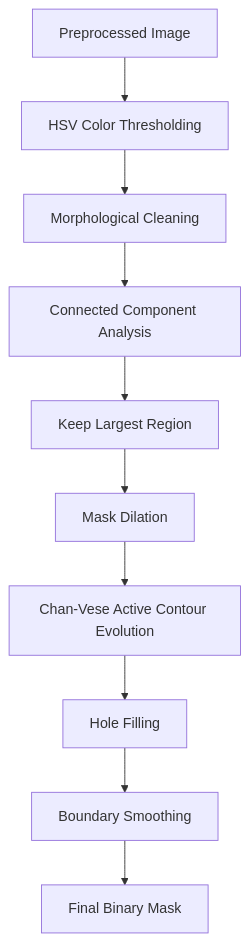
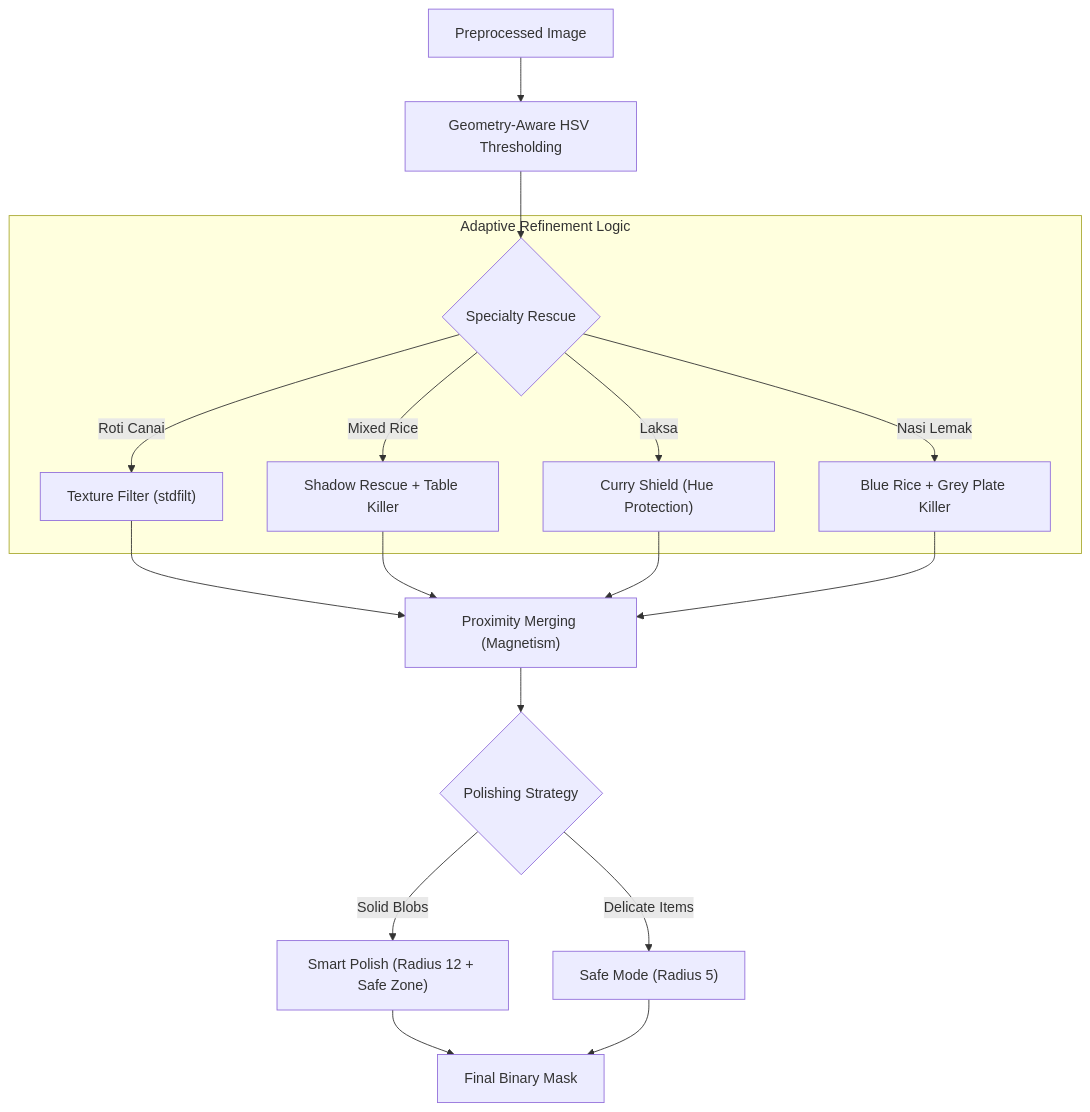
One commit to izwanGit/malaysian-food-recognition changed the fourth of 7 diagrams in README.md. Above: the diagram before and after it, drawn with Mermaid. The commit also changed other lines of this file, not shown here.

````diff
--- a/README.md
+++ b/README.md
@@ -301,12 +287,20 @@
 ```mermaid
 flowchart TD
-    Input["Preprocessed Image"] --> HSV["HSV Color Thresholding"]
-    HSV --> Morph["Morphological Cleaning"]
-    Morph --> CC["Connected Component Analysis"]
-    CC --> KeepLargest["Keep Largest Region"]
-    KeepLargest --> Dilate["Mask Dilation"]
-    Dilate --> AC["Chan-Vese Active Contour Evolution"]
-    AC --> Fill["Hole Filling"]
-    Fill --> Smooth["Boundary Smoothing"]
-    Smooth --> Final["Final Binary Mask"]
+    Input["Preprocessed Image"] --> HSV["Geometry-Aware HSV Thresholding"]
+    HSV --> Rescue{Specialty Rescue}
+    
+    subgraph "Adaptive Refinement Logic"
+    Rescue -- "Roti Canai" --> Texture["Texture Filter (stdfilt)"]
+    Rescue -- "Mixed Rice" --> Shadow["Shadow Rescue + Table Killer"]
+    Rescue -- "Laksa" --> Shield["Curry Shield (Hue Protection)"]
+    Rescue -- "Nasi Lemak" --> Blue["Blue Rice + Grey Plate Killer"]
+    end
+    
+    Texture & Shadow & Shield & Blue --> Merge["Proximity Merging (Magnetism)"]
+    Merge --> Polish{Polishing Strategy}
+    
+    Polish -- "Solid Blobs" --> Smart["Smart Polish (Radius 12 + Safe Zone)"]
+    Polish -- "Delicate Items" --> Safe["Safe Mode (Radius 5)"]
+    
+    Smart & Safe --> Final["Final Binary Mask"]
 ```
````
